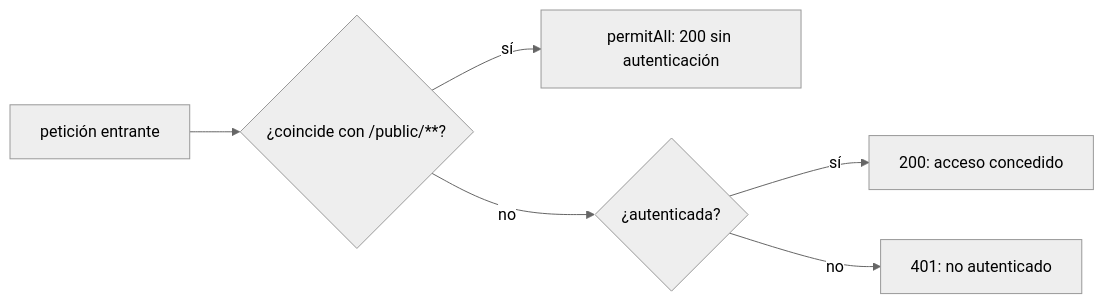
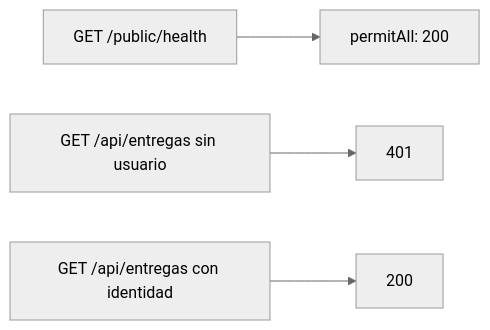
Before and after one commit to NICORUIZ93/The_Imperial_Book: the first of 4 diagrams in web/public/content/spring-boot/modulo-4.md, drawn with Mermaid (neutral theme). The commit also changed other lines of this file and 12 other files, not shown here.

````diff
--- a/web/public/content/spring-boot/modulo-4.md
+++ b/web/public/content/spring-boot/modulo-4.md
@@ -30,8 +16,6 @@
 ```mermaid
 flowchart LR
-  A[petición entrante] --> B{"¿coincide con /public/**?"}
-  B -->|sí| C[permitAll: 200 sin autenticación]
-  B -->|no| D{"¿autenticada?"}
-  D -->|sí| E[200: acceso concedido]
-  D -->|no| F[401: no autenticado]
+  A["GET /public/health"] --> B["permitAll: 200"]
+  C["GET /api/entregas sin usuario"] --> D["401"]
+  E["GET /api/entregas con identidad"] --> F["200"]
 ```
````
